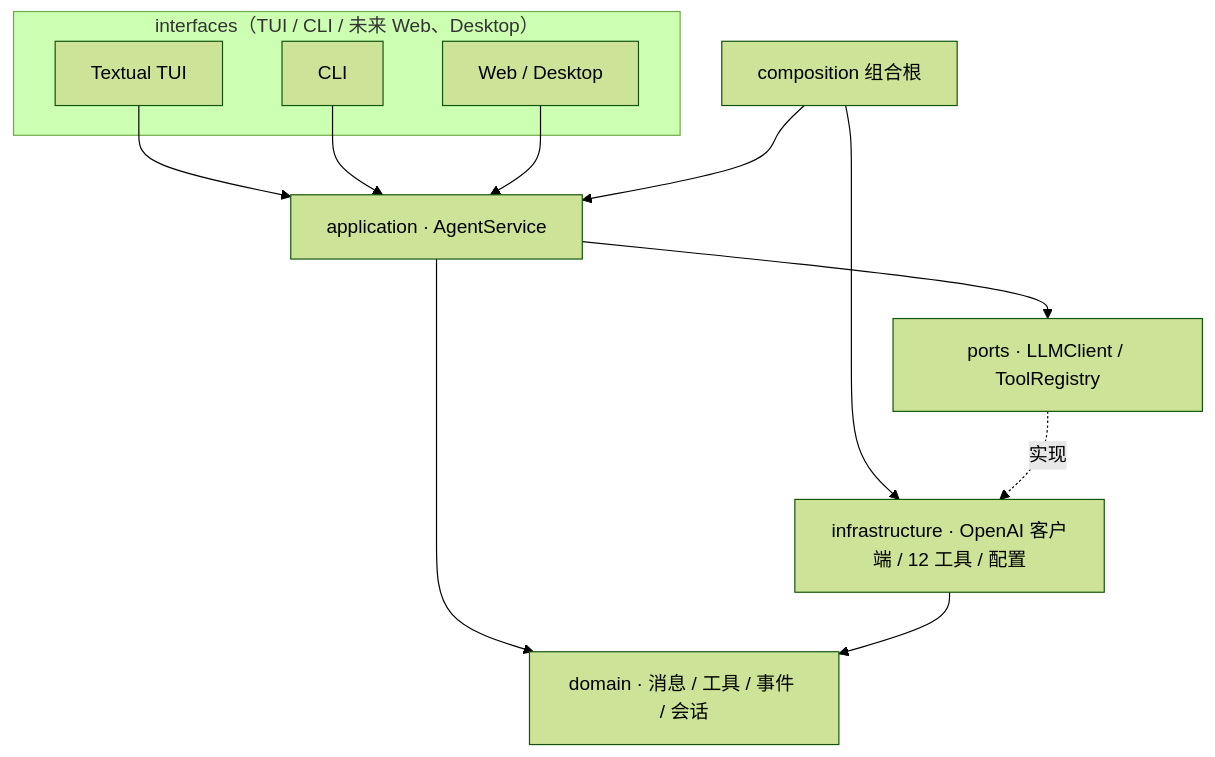
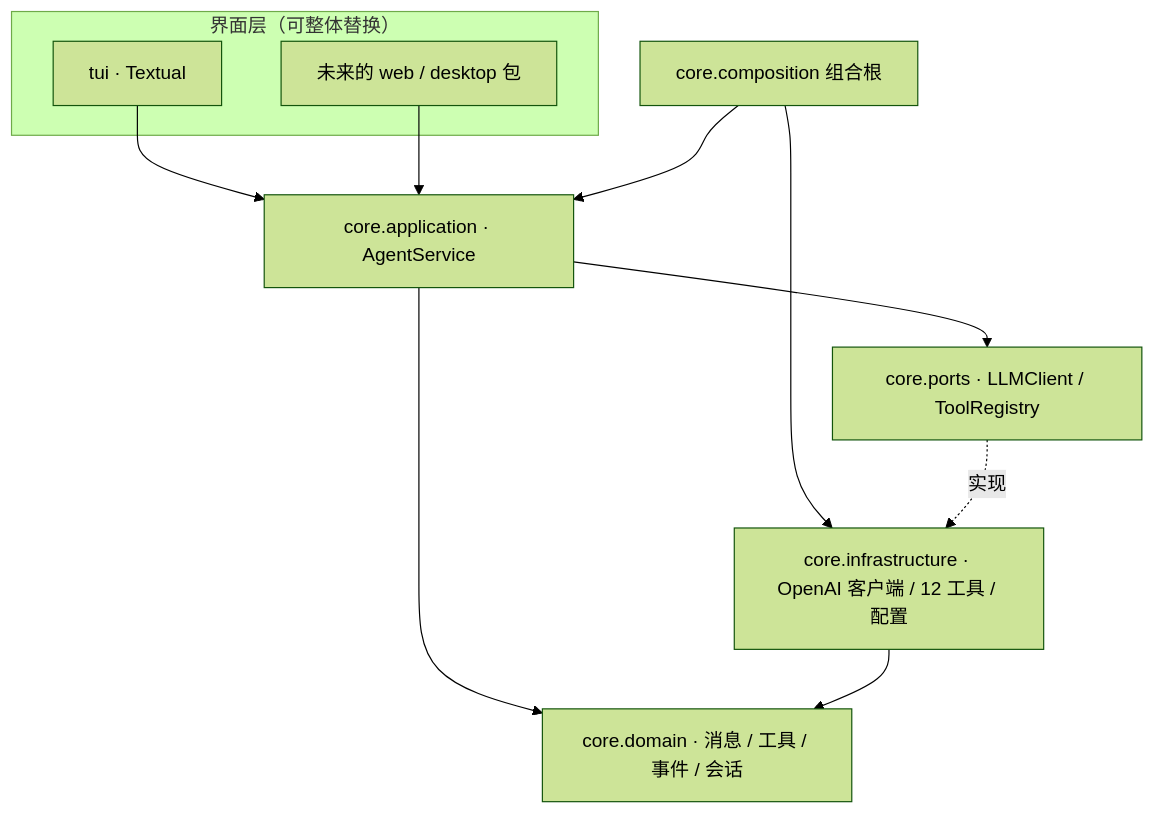
The diagram in Agent/xAgent/README.md (atfa/LLM-Homework), drawn with Mermaid (forest theme) before and after one commit. The commit also changed other lines of this file and 35 other files, not shown here.

First line of the commit message:
Refactor xAgent structure to introduce core layer

````diff
--- a/Agent/xAgent/README.md
+++ b/Agent/xAgent/README.md
@@ -135,23 +140,21 @@
 ```mermaid
 flowchart TB
-    subgraph interfaces["interfaces（TUI / CLI / 未来 Web、Desktop）"]
-        TUI["Textual TUI"]
-        CLI["CLI"]
-        WEB["Web / Desktop"]
+    subgraph ui["界面层（可整体替换）"]
+        TUI["tui · Textual"]
+        FUTURE["未来的 web / desktop 包"]
     end
-    COMP["composition 组合根"]
-    APP["application · AgentService"]
-    PORTS["ports · LLMClient / ToolRegistry"]
-    DOM["domain · 消息 / 工具 / 事件 / 会话"]
-    INFRA["infrastructure · OpenAI 客户端 / 12 工具 / 配置"]
+    COMP["core.composition 组合根"]
+    APP["core.application · AgentService"]
+    PORTS["core.ports · LLMClient / ToolRegistry"]
+    DOM["core.domain · 消息 / 工具 / 事件 / 会话"]
+    INFRA["core.infrastructure · OpenAI 客户端 / 12 工具 / 配置"]
 
     TUI --> APP
-    CLI --> APP
-    WEB --> APP
+    FUTURE --> APP
     COMP --> APP
     COMP --> INFRA
     APP --> PORTS
     PORTS -. "实现" .-> INFRA
     APP --> DOM
     INFRA --> DOM
 ```
````
